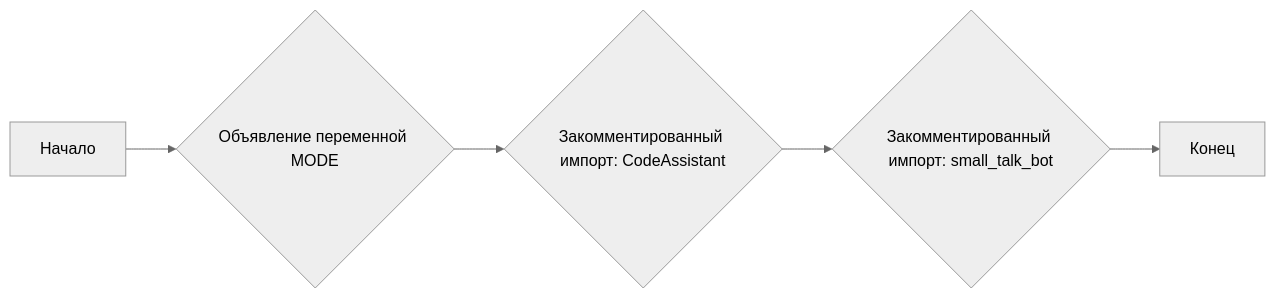
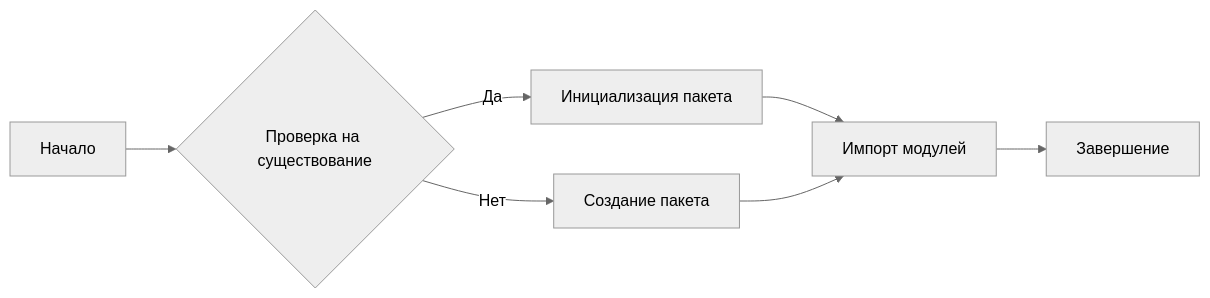
Before and after one commit to hypo69/hypo: the first of 2 diagrams in docs/gemini/ru/explainer/src/endpoints/hypo69/__init__.py.md, drawn with Mermaid (neutral theme). The commit also changed other lines of this file and 1505 other files, not shown here.

````diff
--- a/docs/gemini/ru/explainer/src/endpoints/hypo69/__init__.py.md
+++ b/docs/gemini/ru/explainer/src/endpoints/hypo69/__init__.py.md
@@ -8,7 +9,9 @@
 ```mermaid
 graph LR
-    A[Начало] --> B{Объявление переменной MODE};
-    B --> C{Закомментированный импорт: CodeAssistant};
-    C --> D{Закомментированный импорт: small_talk_bot};
-    D --> E[Конец];
+    A[Начало] --> B{Проверка на существование};
+    B -- Да --> C[Инициализация пакета];
+    B -- Нет --> D[Создание пакета];
+    C --> E[Импорт модулей];
+    E --> F[Завершение]
+    D --> E
 ```
````
